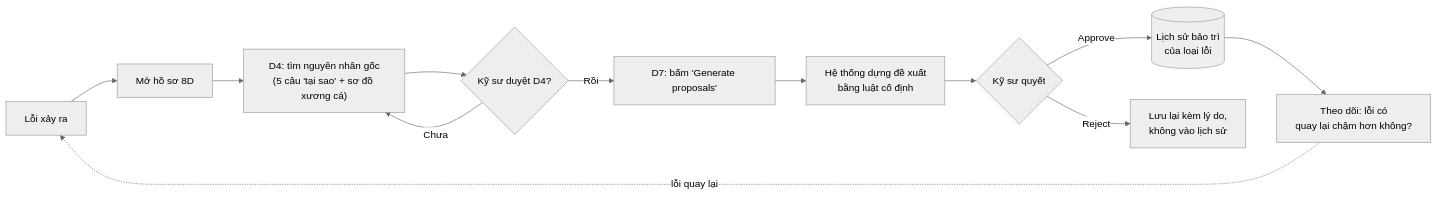
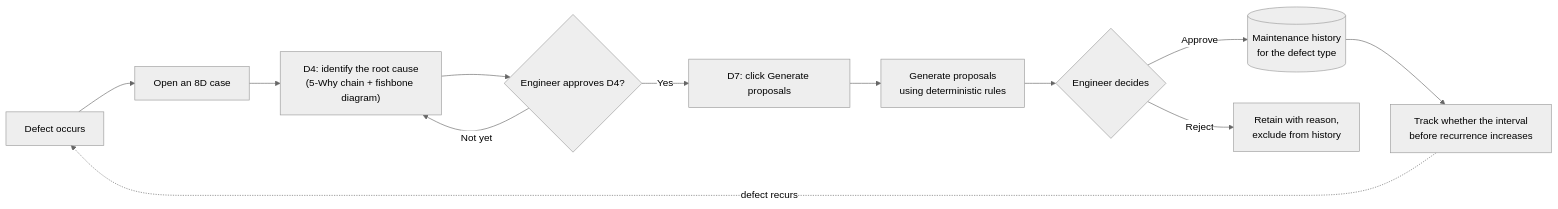
One commit to DungTruong1610/8D_problem_solving changed the first of 8 diagrams in presentation/maintenance-history-briefing.md. Above: the diagram before and after it, drawn with Mermaid (neutral theme). The commit also changed other lines of this file and 48 other files, not shown here.

````diff
--- a/presentation/maintenance-history-briefing.md
+++ b/presentation/maintenance-history-briefing.md
@@ -70,14 +65,14 @@
 ```mermaid
 flowchart LR
-    A[Lỗi xảy ra] --> B[Mở hồ sơ 8D]
-    B --> C["D4: tìm nguyên nhân gốc<br/>(5 câu 'tại sao' + sơ đồ xương cá)"]
-    C --> D{Kỹ sư duyệt D4?}
-    D -- Chưa --> C
-    D -- Rồi --> E["D7: bấm 'Generate proposals'"]
-    E --> F[Hệ thống dựng đề xuất<br/>bằng luật cố định]
-    F --> G{Kỹ sư quyết}
-    G -- Approve --> H[(Lịch sử bảo trì<br/>của loại lỗi)]
-    G -- Reject --> I[Lưu lại kèm lý do,<br/>không vào lịch sử]
-    H --> J[Theo dõi: lỗi có<br/>quay lại chậm hơn không?]
-    J -. lỗi quay lại .-> A
+    A[Defect occurs] --> B[Open an 8D case]
+    B --> C["D4: identify the root cause<br/>(5-Why chain + fishbone diagram)"]
+    C --> D{Engineer approves D4?}
+    D -- Not yet --> C
+    D -- Yes --> E["D7: click Generate proposals"]
+    E --> F[Generate proposals<br/>using deterministic rules]
+    F --> G{Engineer decides}
+    G -- Approve --> H[(Maintenance history<br/>for the defect type)]
+    G -- Reject --> I[Retain with reason,<br/>exclude from history]
+    H --> J[Track whether the interval<br/>before recurrence increases]
+    J -. defect recurs .-> A
 ```
````
